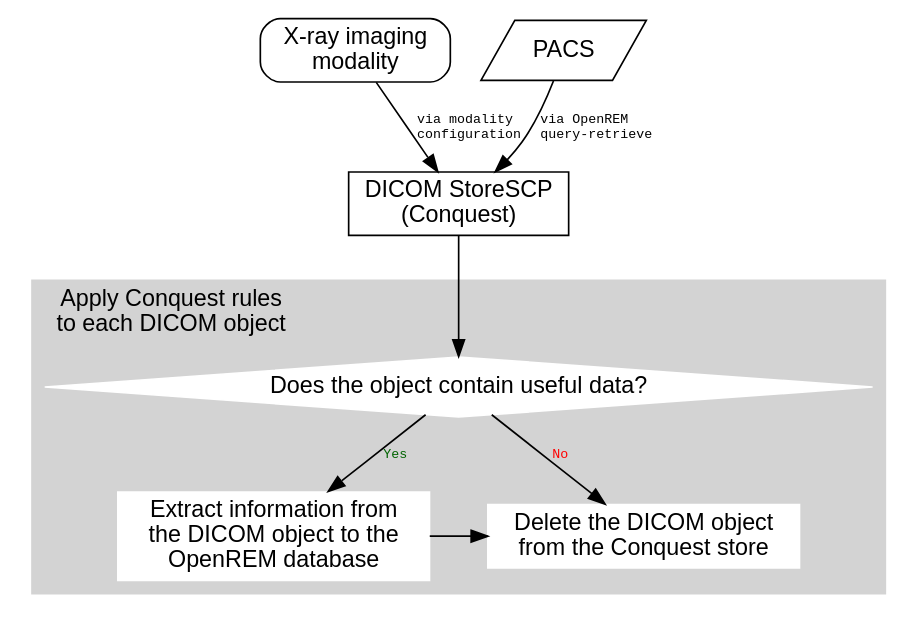
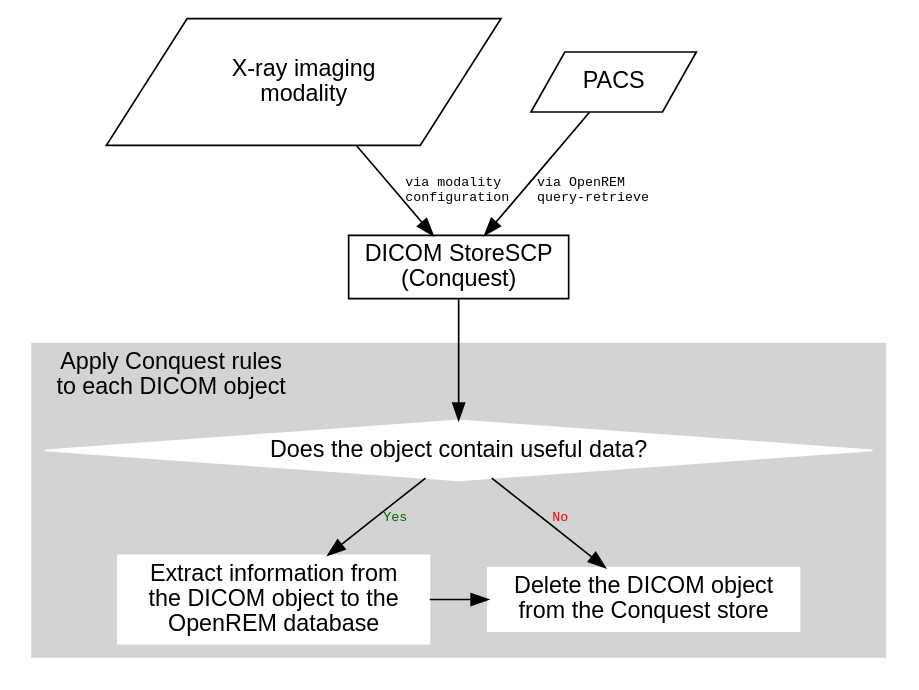
One commit to ckswilliams/modOpenREM changed the second of 2 diagrams in docs/testgraphviz.rst. Above: the diagram before and after it, drawn with Graphviz. The commit also changed other lines of this file, not shown here.

```diff
--- a/docs/testgraphviz.rst
+++ b/docs/testgraphviz.rst
@@ -57,31 +57,31 @@
 .. graphviz::
 
    digraph {
 
       subgraph cluster_rules {
          label = "Apply Conquest rules\nto each DICOM object";
          node [style=filled color=white];
          style=filled;
          color=lightgrey;
          labelloc=t;
          labeljust=l;
          fontname="Helvetica"
 
          conquest_script -> populate_database [label="Yes" fontcolor=darkgreen fontsize=8 fontname="Courier"];
          populate_database -> delete_object;
          conquest_script -> delete_object [label="No" fontcolor=red fontsize=8 fontname="Courier"];
 
          {rank=same; populate_database delete_object};
       }
 
       modality -> conquest [label="via modality\lconfiguration\l" fontsize=8 fontname="Courier"];
       pacs -> conquest [label="via OpenREM\lquery-retrieve\l" fontsize=8 fontname="Courier"];
       conquest -> conquest_script;
 
-      modality [label="X-ray imaging\nmodality" fontname="Helvetica" tooltip="Data send from an x-ray imaging modality" shape="box" style="rounded"];
+      modality [label="X-ray imaging\nmodality" fontname="Helvetica" tooltip="Data send from an x-ray imaging modality" shape="parallelogram"];
       pacs [label="PACS" fontname="Helvetica" tooltip="A Picture Archiving and Communication System" shape="parallelogram"];
       conquest [label="DICOM StoreSCP\n(Conquest)" fontname="Helvetica" tooltip="Conquest, acting as a DICOM storage SCP" shape="box"];
       conquest_script [shape=diamond label="Does the object contain useful data?" fontname="Helvetica" tooltip="Process the rules in dicom.ini"];
       populate_database [label="Extract information from\nthe DICOM object to the\nOpenREM database" fontname="Helvetica", tooltip="Extract data using OpenREM's python scripts" shape="box"];
       delete_object [label="Delete the DICOM object\nfrom the Conquest store" fontname="Helvetica" tooltip="Delete the DICOM object from the local store SCP" shape="box"];
    }
```
